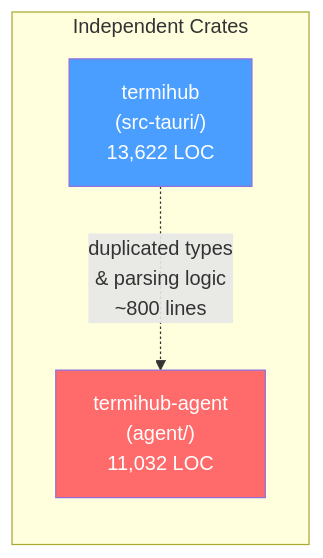
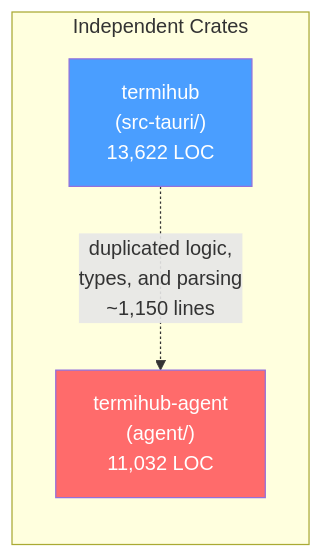
The second of 9 diagrams in docs/concepts/shared-rust-core.md (armaxri/termiHub), drawn with Mermaid before and after one commit. The commit also changed other lines of this file, not shown here.

````diff
--- a/docs/concepts/shared-rust-core.md
+++ b/docs/concepts/shared-rust-core.md
@@ -245,12 +409,12 @@
 ```mermaid
 graph LR
     subgraph "Independent Crates"
         A["termihub<br/>(src-tauri/)<br/>13,622 LOC"]
         B["termihub-agent<br/>(agent/)<br/>11,032 LOC"]
     end
 
-    A -. "duplicated types<br/>& parsing logic<br/>~800 lines" .-> B
+    A -. "duplicated logic,<br/>types, and parsing<br/>~1,150 lines" .-> B
 
     style A fill:#4a9eff,color:#fff
     style B fill:#ff6b6b,color:#fff
 ```
````
